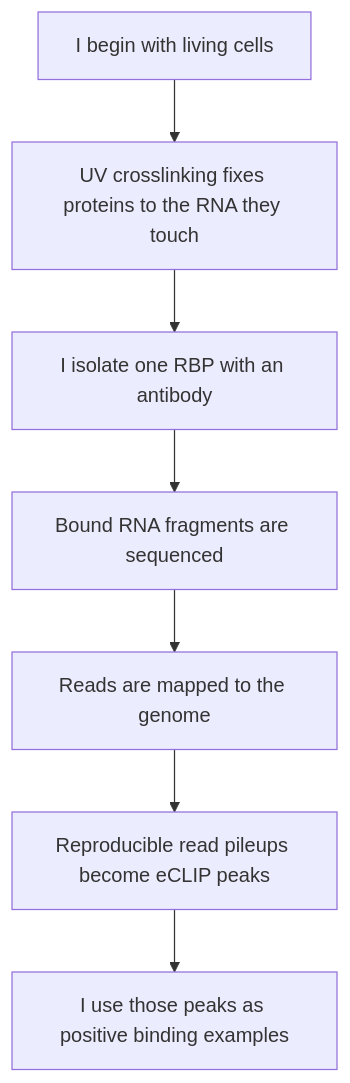
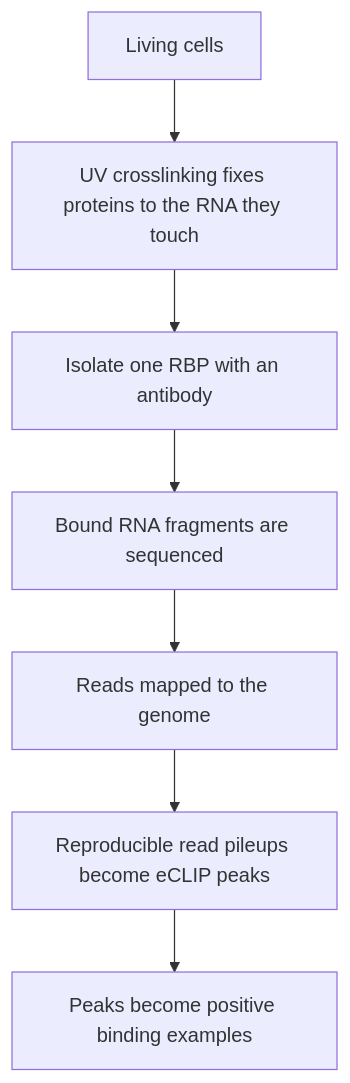
One commit to NirmalKumar31/rbp-binding changed the second of 25 diagrams in README.md. Above: the diagram before and after it, drawn with Mermaid. The commit also changed other lines of this file, not shown here.

Commit message:
docs: neutralize first-person voice inside mermaid diagram labels

````diff
--- a/README.md
+++ b/README.md
@@ -121,9 +121,9 @@
 ```mermaid
 flowchart TD
-    A["I begin with living cells"] --> B["UV crosslinking fixes proteins to the RNA they touch"]
-    B --> C["I isolate one RBP with an antibody"]
+    A["Living cells"] --> B["UV crosslinking fixes proteins to the RNA they touch"]
+    B --> C["Isolate one RBP with an antibody"]
     C --> D["Bound RNA fragments are sequenced"]
-    D --> E["Reads are mapped to the genome"]
+    D --> E["Reads mapped to the genome"]
     E --> F["Reproducible read pileups become eCLIP peaks"]
-    F --> G["I use those peaks as positive binding examples"]
+    F --> G["Peaks become positive binding examples"]
 ```
````
